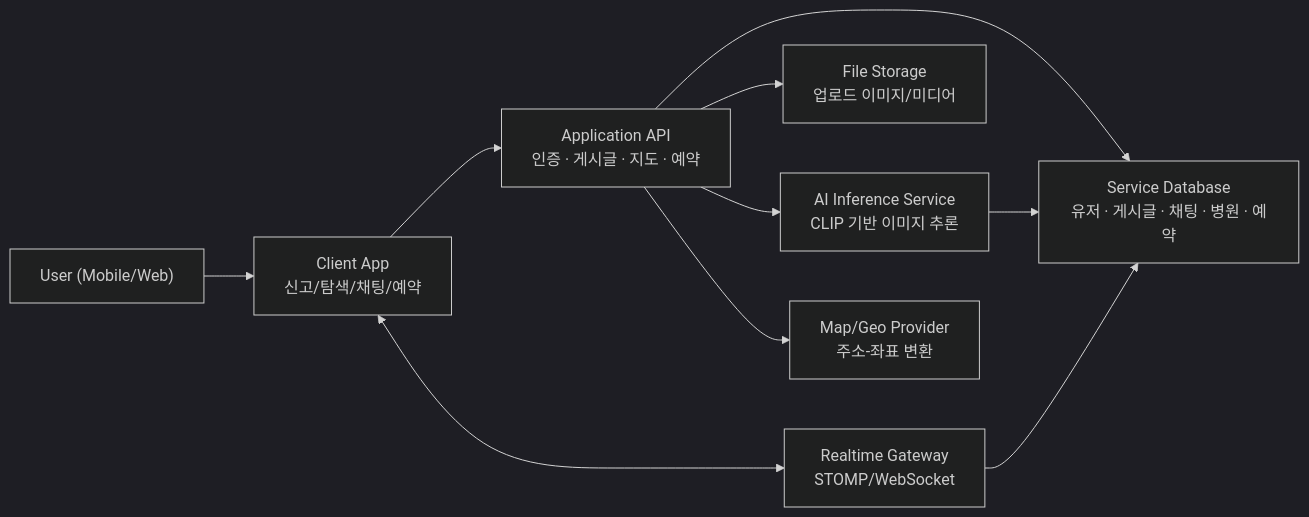
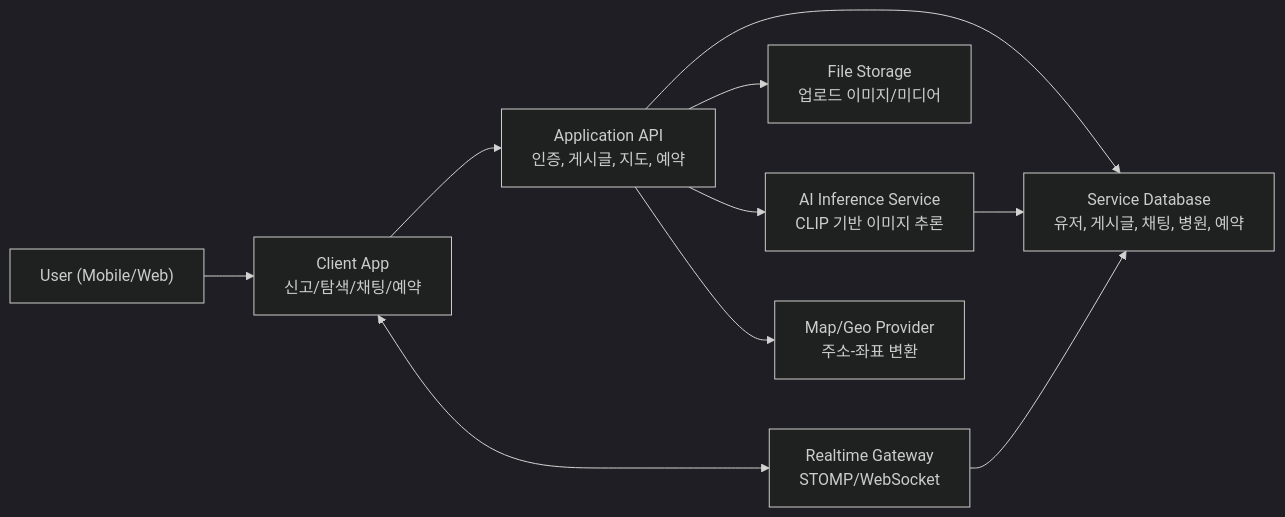
The diagram in profile/README.md (CatchMeIfYouCan-WebKit/.github), drawn with Mermaid (dark theme) before and after one commit. The commit also changed other lines of this file, not shown here.

````diff
--- a/profile/README.md
+++ b/profile/README.md
@@ -22,17 +22,17 @@
 ```mermaid
 flowchart LR
     U["User (Mobile/Web)"] --> FE["Client App\n신고/탐색/채팅/예약"]
 
-    FE --> API["Application API\n인증 · 게시글 · 지도 · 예약"]
+    FE --> API["Application API\n인증, 게시글, 지도, 예약"]
     FE <--> WS["Realtime Gateway\nSTOMP/WebSocket"]
 
-    API --> DB["Service Database\n유저 · 게시글 · 채팅 · 병원 · 예약"]
+    API --> DB["Service Database\n유저, 게시글, 채팅, 병원, 예약"]
     API --> FS["File Storage\n업로드 이미지/미디어"]
 
     API --> AI["AI Inference Service\nCLIP 기반 이미지 추론"]
     AI --> DB
 
     API --> MAP["Map/Geo Provider\n주소-좌표 변환"]
 
     WS --> DB
 ```
````
